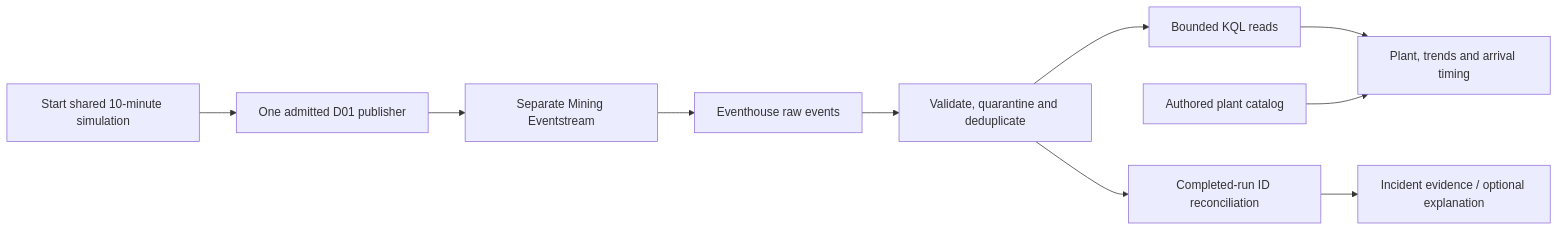
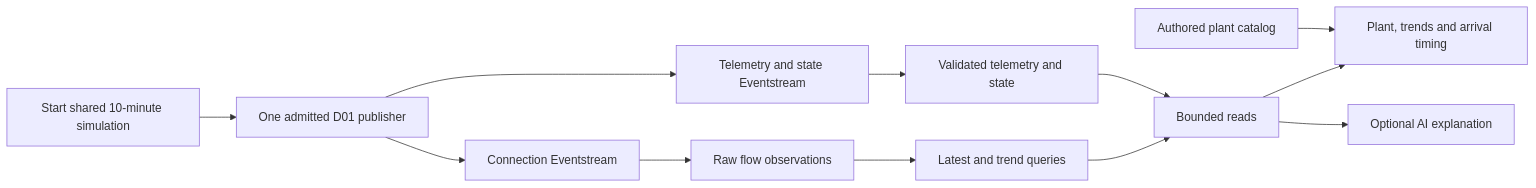
Before and after one commit to ribumann/fabrictritwin: the second of 2 diagrams in docs/business-user.md, drawn with Mermaid. The commit also changed other lines of this file and 10 other files, not shown here.

Commit message:
Clarify mining demo and document live data flow

````diff
--- a/docs/business-user.md
+++ b/docs/business-user.md
@@ -60,12 +60,14 @@
 ```mermaid
 flowchart LR
   Start["Start shared 10-minute simulation"] --> Publish["One admitted D01 publisher"]
-  Publish --> Stream["Separate Mining Eventstream"]
-  Stream --> Raw["Eventhouse raw events"]
-  Raw --> Validate["Validate, quarantine and deduplicate"]
-  Validate --> Read["Bounded KQL reads"]
+  Publish --> Flow["Connection Eventstream"]
+  Publish --> Legacy["Telemetry and state Eventstream"]
+  Flow --> Raw["Raw flow observations"]
+  Raw --> Live["Latest and trend queries"]
+  Legacy --> Validate["Validated telemetry and state"]
+  Live --> Read["Bounded reads"]
+  Validate --> Read
   Read --> UI["Plant, trends and arrival timing"]
   Catalog["Authored plant catalog"] --> UI
-  Validate --> Reconcile["Completed-run ID reconciliation"]
-  Reconcile --> Evidence["Incident evidence / optional explanation"]
+  Read --> Evidence["Optional AI explanation"]
 ```
````
